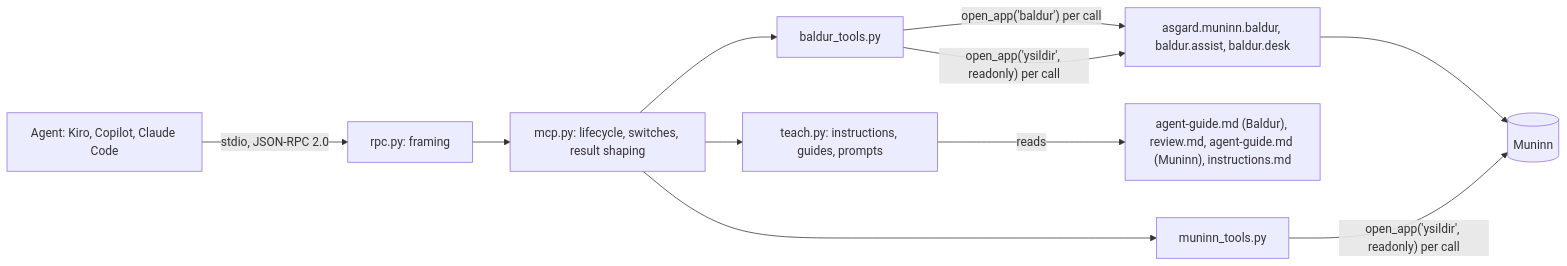
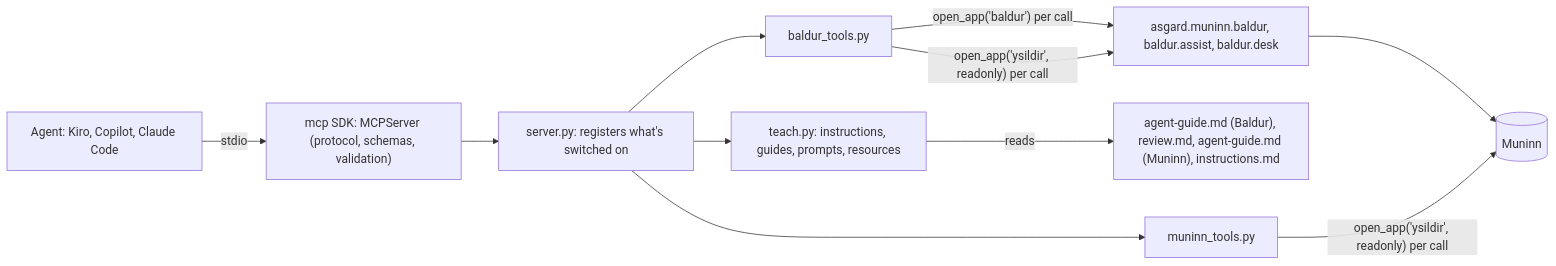
The diagram in .kiro/specs/ysildir-mcp/design.md (CorpLynx/meeting2jira), drawn with Mermaid before and after one commit. The commit also changed other lines of this file and 21 other files, not shown here.

First line of the commit message:
Guidance: best module for each job; Ysildir on the MCP SDK

````diff
--- a/.kiro/specs/ysildir-mcp/design.md
+++ b/.kiro/specs/ysildir-mcp/design.md
@@ -14,13 +15,13 @@
 ```mermaid
 flowchart LR
-    Agent["Agent: Kiro, Copilot, Claude Code"] -- "stdio, JSON-RPC 2.0" --> RPC["rpc.py: framing"]
-    RPC --> MCP["mcp.py: lifecycle, switches, result shaping"]
-    MCP --> Teach["teach.py: instructions, guides, prompts"]
-    MCP --> BT["baldur_tools.py"]
-    MCP --> MT["muninn_tools.py"]
+    Agent["Agent: Kiro, Copilot, Claude Code"] -- "stdio" --> SDK["mcp SDK: MCPServer (protocol, schemas, validation)"]
+    SDK --> Server["server.py: registers what's switched on"]
+    Server --> Teach["teach.py: instructions, guides, prompts, resources"]
+    Server --> BT["baldur_tools.py"]
+    Server --> MT["muninn_tools.py"]
     Teach -- reads --> Guides["agent-guide.md (Baldur), review.md, agent-guide.md (Muninn), instructions.md"]
     BT -- "open_app('baldur') per call" --> Rules["asgard.muninn.baldur, baldur.assist, baldur.desk"]
     BT -- "open_app('ysildir', readonly) per call" --> Rules
     Rules --> DB[("Muninn")]
     MT -- "open_app('ysildir', readonly) per call" --> DB
 ```
````
